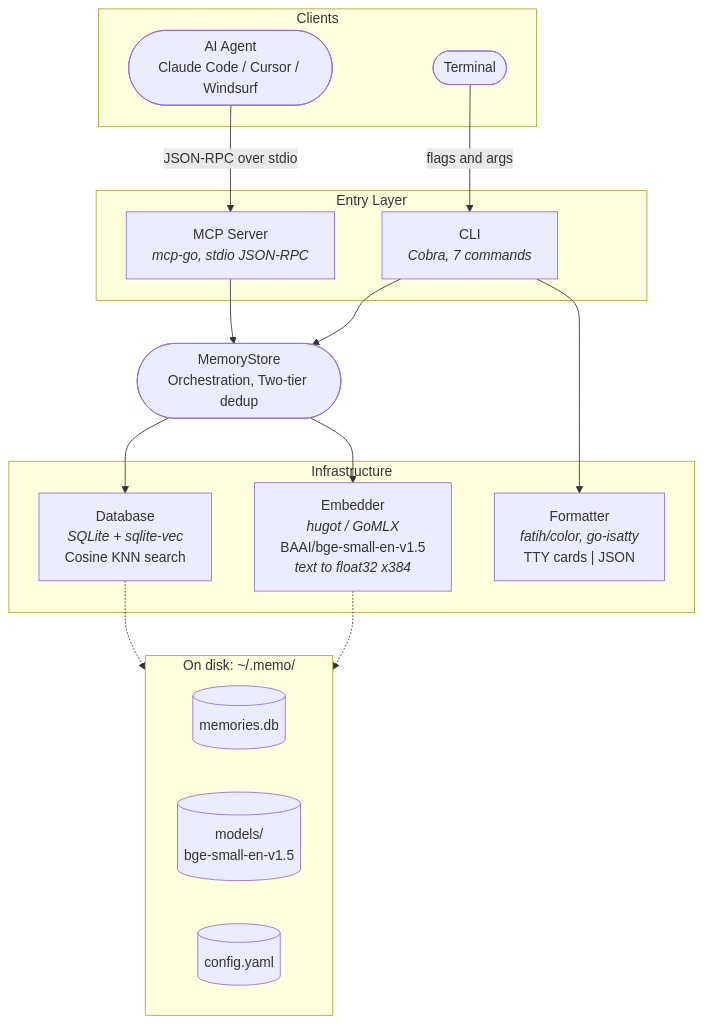
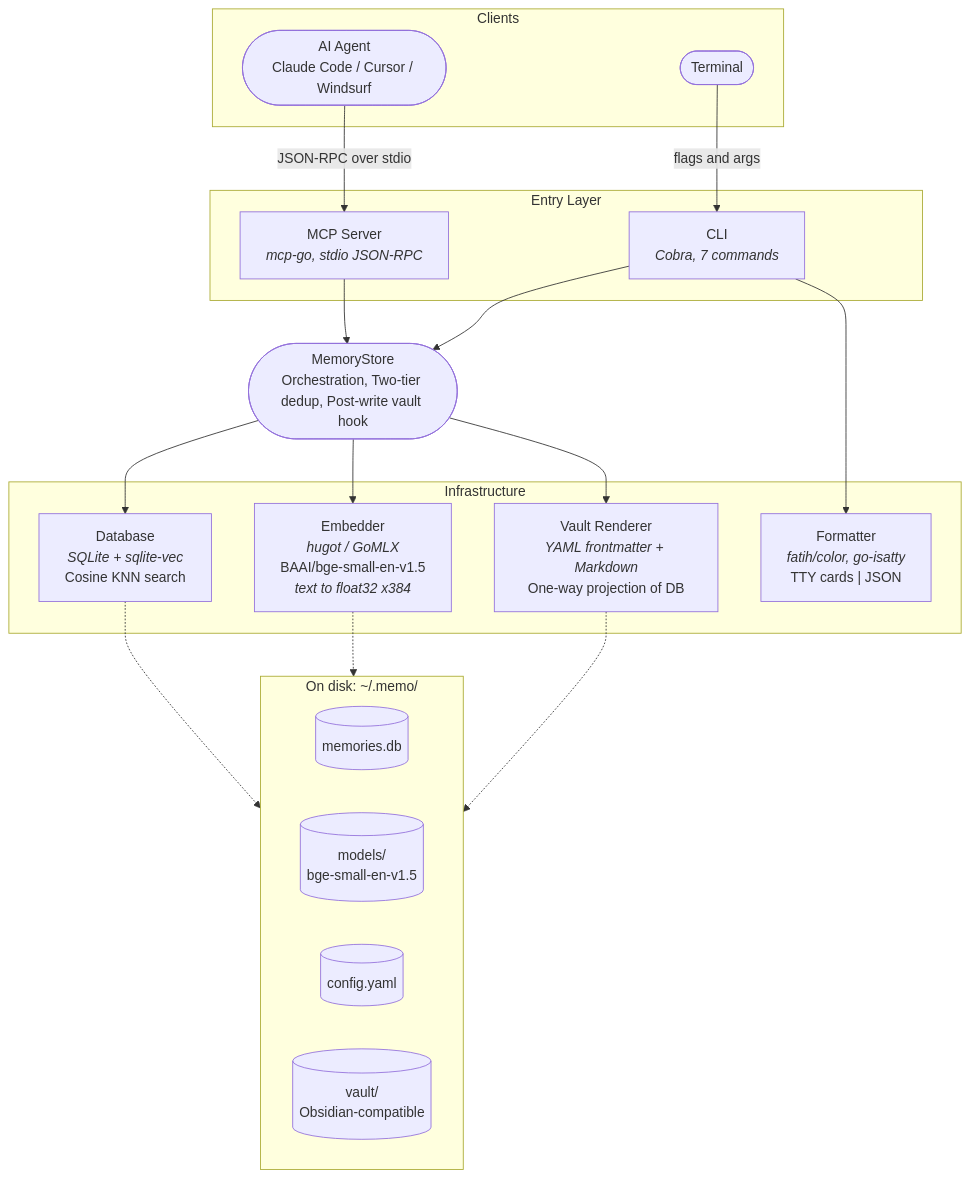
Before and after one commit to ybonda/memo: the diagram in README.md, drawn with Mermaid. The commit also changed other lines of this file and 27 other files, not shown here.

First line of the commit message:
Add Obsidian vault integration and LLM formatting

````diff
--- a/README.md
+++ b/README.md
@@ -11,37 +15,41 @@
 ```mermaid
 flowchart TB
     subgraph Clients
         AGENT(["AI Agent<br/>Claude Code / Cursor / Windsurf"])
         TERM(["Terminal"])
     end
 
     subgraph Entry["Entry Layer"]
         MCP["MCP Server<br/><i>mcp-go, stdio JSON-RPC</i>"]
         CLI["CLI<br/><i>Cobra, 7 commands</i>"]
     end
 
-    STORE(["MemoryStore<br/>Orchestration, Two-tier dedup"])
+    STORE(["MemoryStore<br/>Orchestration, Two-tier dedup, Post-write vault hook"])
 
     subgraph Infra["Infrastructure"]
         EMB["Embedder<br/><i>hugot / GoMLX</i><br/>BAAI/bge-small-en-v1.5<br/><i>text to float32 x384</i>"]
         DB["Database<br/><i>SQLite + sqlite-vec</i><br/>Cosine KNN search"]
+        VAULT["Vault Renderer<br/><i>YAML frontmatter + Markdown</i><br/>One-way projection of DB"]
         FMT["Formatter<br/><i>fatih/color, go-isatty</i><br/>TTY cards | JSON"]
     end
 
     subgraph Storage["On disk: ~/.memo/"]
         direction LR
         DBFILE[("memories.db")]
         MODELS[("models/<br/>bge-small-en-v1.5")]
         CONF[("config.yaml")]
+        VAULTDIR[("vault/<br/>Obsidian-compatible")]
     end
 
     AGENT -- "JSON-RPC over stdio" --> MCP
     TERM -- "flags and args" --> CLI
     MCP --> STORE
     CLI --> STORE
     CLI --> FMT
     STORE --> EMB
     STORE --> DB
+    STORE --> VAULT
     DB -.-> DBFILE
     EMB -.-> MODELS
+    VAULT -.-> VAULTDIR
 ```
````
